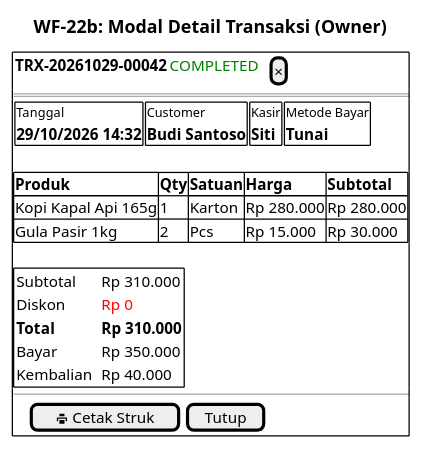
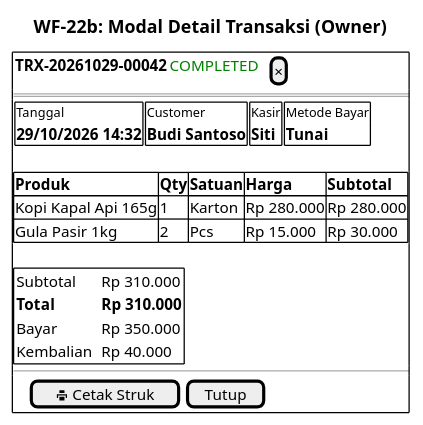
Before and after one commit to suragemilang-007/pos: the diagram in docs/plantuml/wireframe/WF-22b_modal_detail_transaksi_owner.puml, drawn with PlantUML. The commit also changed 49 other files, not shown here.

```diff
--- a/docs/plantuml/wireframe/WF-22b_modal_detail_transaksi_owner.puml
+++ b/docs/plantuml/wireframe/WF-22b_modal_detail_transaksi_owner.puml
@@ -1,32 +1,31 @@
 @startsalt WF-22b_Modal_Detail_Transaksi_Owner
 ' Sumber: laravel-app/resources/views/owner/transaksi/index.blade.php (#modal-detail)
 ' Tombol "Cetak Struk" hanya tampil untuk transaksi COMPLETED.
 title WF-22b: Modal Detail Transaksi (Owner)
 {+
   { <b>TRX-20261029-00042 | <color:green>COMPLETED | . | [×] }
   ==
   {
     {+ <size:10>Tanggal
        <b>29/10/2026 14:32 } | {+ <size:10>Customer
        <b>Budi Santoso } | {+ <size:10>Kasir
        <b>Siti } | {+ <size:10>Metode Bayar
        <b>Tunai }
   }
   .
   {#
     <b>Produk              | <b>Qty | <b>Satuan | <b>Harga     | <b>Subtotal
     Kopi Kapal Api 165g    | 1      | Karton    | Rp 280.000   | Rp 280.000
     Gula Pasir 1kg         | 2      | Pcs       | Rp 15.000    | Rp 30.000
   }
   .
   {+
     { Subtotal          | . | Rp 310.000
-      Diskon            | . | <color:red>Rp 0
       <b>Total          | . | <b>Rp 310.000
       Bayar             | . | Rp 350.000
       Kembalian         | . | Rp 40.000 }
   }
   --
   { . | . | [<&print> Cetak Struk] | [ Tutup ] }
 }
 @endsalt
```
